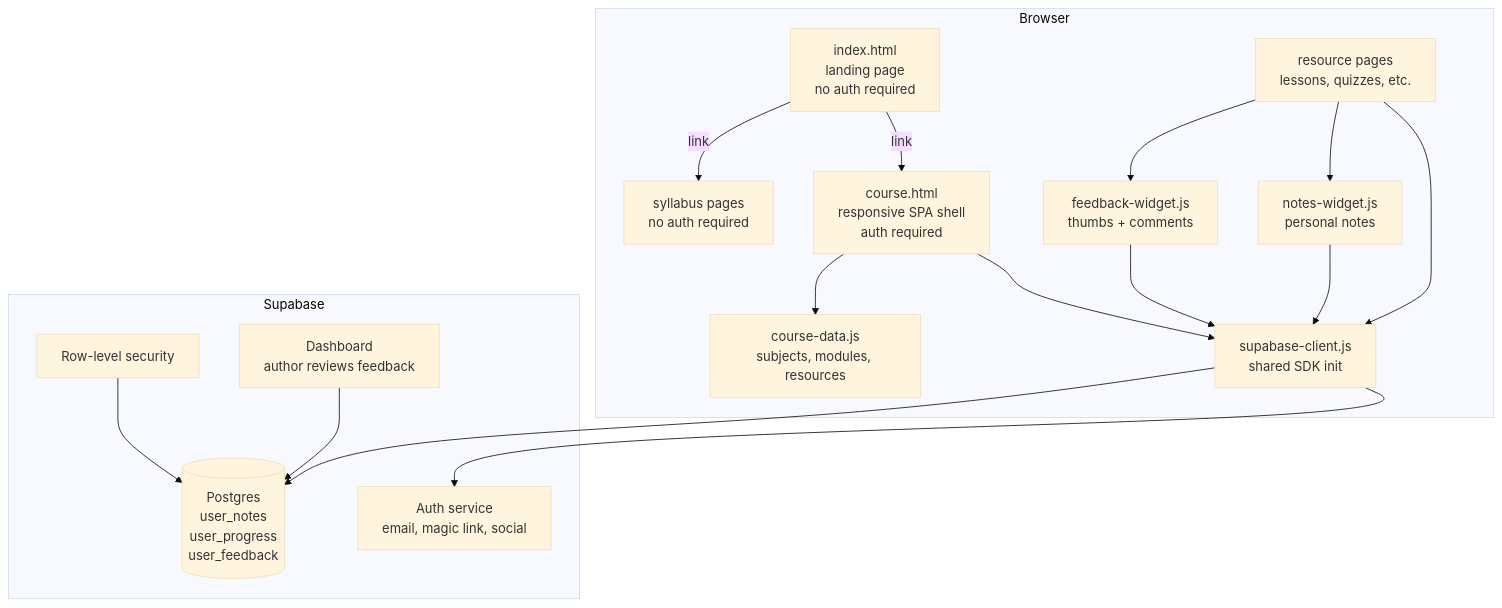
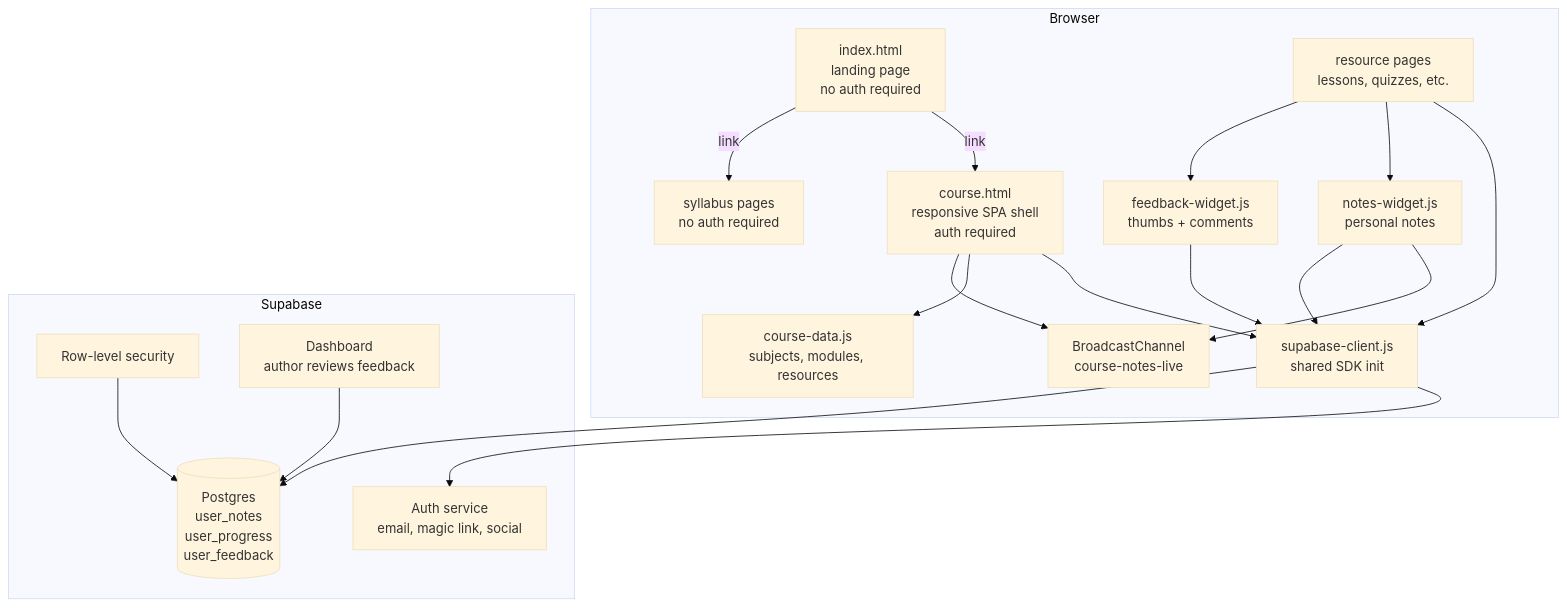
The first of 2 diagrams in docs/03-design/design-iam-persistence-feedback.md (dkallen/claude-course), drawn with Mermaid (base theme) before and after one commit. The commit also changed other lines of this file and 9 other files, not shown here.

Commit message:
Add same-browser live note refresh with BroadcastChannel

````diff
--- a/docs/03-design/design-iam-persistence-feedback.md
+++ b/docs/03-design/design-iam-persistence-feedback.md
@@ -11,34 +11,37 @@
 ```mermaid
 graph TB
     subgraph Browser
         INDEX[index.html<br>landing page<br>no auth required]
         SYLLABUS[syllabus pages<br>no auth required]
         COURSE[course.html<br>responsive SPA shell<br>auth required]
         PAGES[resource pages<br>lessons, quizzes, etc.]
         SC[supabase-client.js<br>shared SDK init]
+        BC[BroadcastChannel<br>course-notes-live]
         NW[notes-widget.js<br>personal notes]
         FW[feedback-widget.js<br>thumbs + comments]
         CD[course-data.js<br>subjects, modules, resources]
     end
 
     subgraph Supabase
         AUTH[Auth service<br>email, magic link, social]
         DB[(Postgres<br>user_notes<br>user_progress<br>user_feedback)]
         RLS[Row-level security]
         DASH[Dashboard<br>author reviews feedback]
     end
 
     INDEX -->|link| COURSE
     INDEX -->|link| SYLLABUS
     COURSE --> SC
     COURSE --> CD
     PAGES --> SC
     PAGES --> NW
     PAGES --> FW
+    COURSE --> BC
+    NW --> BC
     SC --> AUTH
     SC --> DB
     NW --> SC
     FW --> SC
     RLS --> DB
     DASH --> DB
 ```
````
